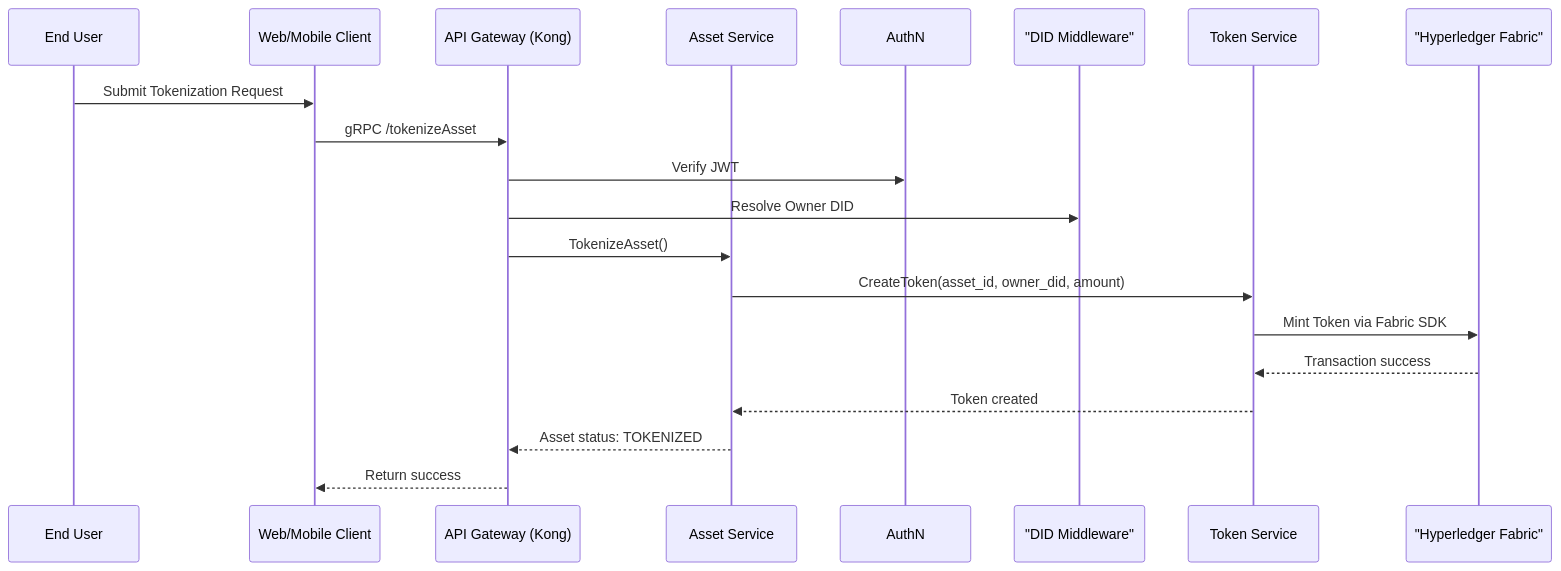
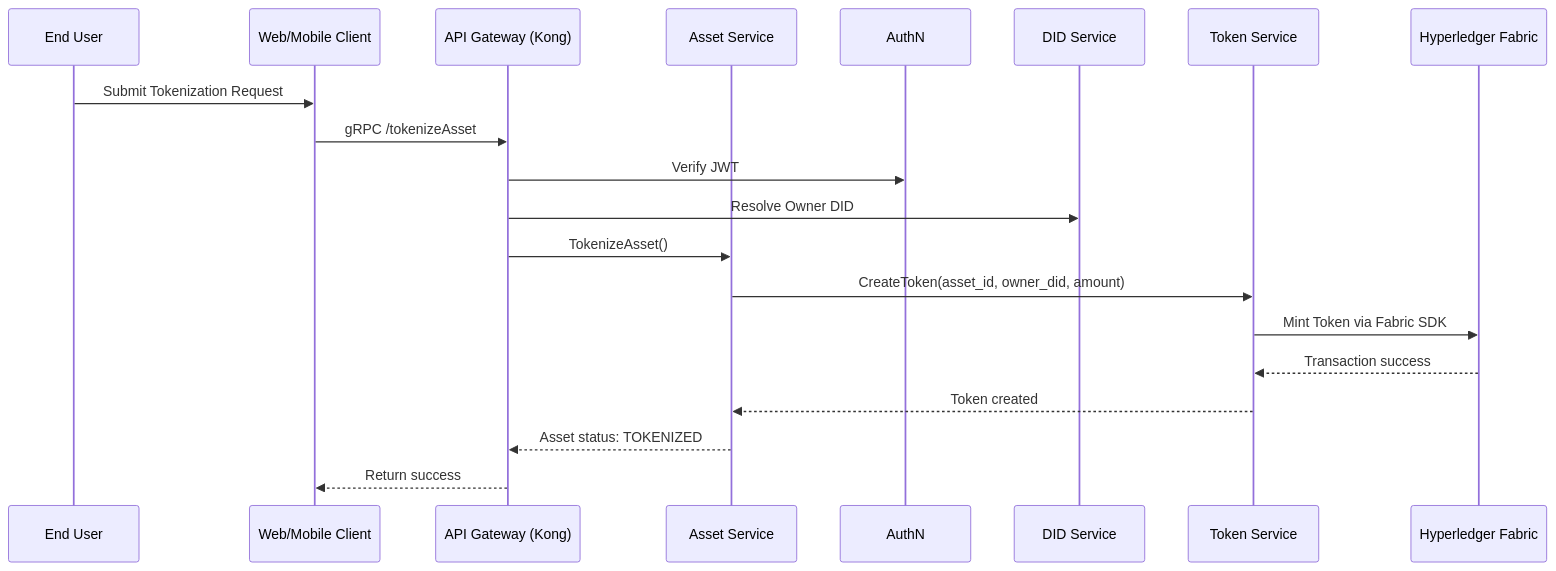
The third of 4 diagrams in docs/architecture-design.en.md (metafi-blockchain/metafi-digital-assets-service), drawn with Mermaid before and after one commit. The commit also changed other lines of this file, not shown here.

````diff
--- a/docs/architecture-design.en.md
+++ b/docs/architecture-design.en.md
@@ -266,23 +266,23 @@
 ```mermaid
 sequenceDiagram
     participant User as End User
     participant Web as Web/Mobile Client
     participant Gateway as API Gateway (Kong)
     participant Asset as Asset Service
     participant AuthN as AuthN
-    participant DID as "DID Middleware"
+    participant DID as DID Service
     participant Token as Token Service
-    participant Fabric as "Hyperledger Fabric"
+    participant Fabric as Hyperledger Fabric
 
     User->>Web: Submit Tokenization Request
     Web->>Gateway: gRPC /tokenizeAsset
     Gateway->>AuthN: Verify JWT
     Gateway->>DID: Resolve Owner DID
     Gateway->>Asset: TokenizeAsset()
     Asset->>Token: CreateToken(asset_id, owner_did, amount)
     Token->>Fabric: Mint Token via Fabric SDK
     Fabric-->>Token: Transaction success
     Token-->>Asset: Token created
     Asset-->>Gateway: Asset status: TOKENIZED
     Gateway-->>Web: Return success
 ```
````
